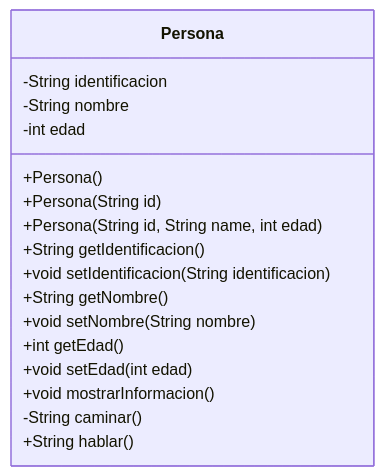
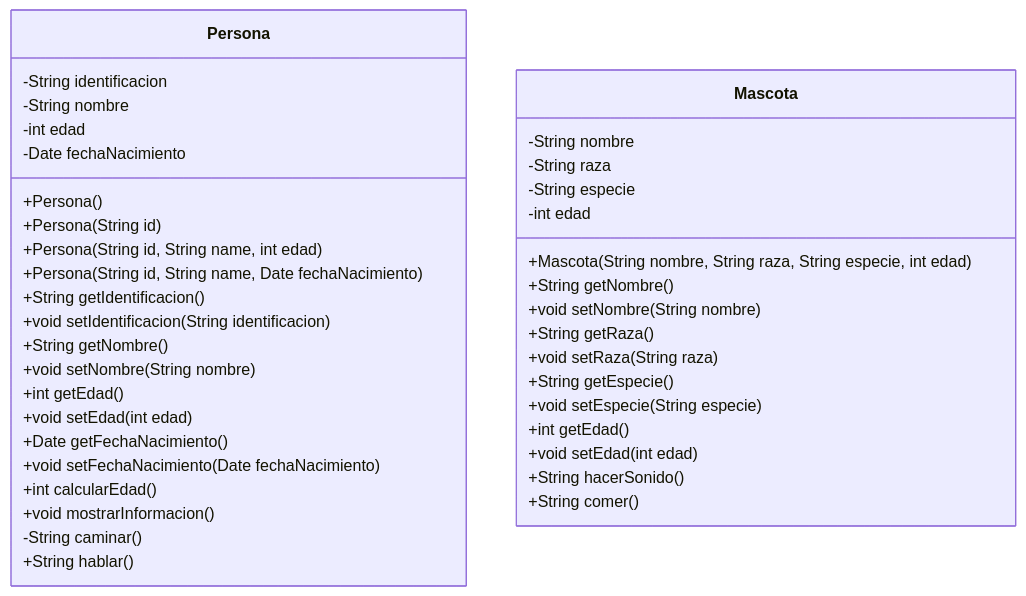
One commit to uniajc-gperezm/poo-g412 changed the first of 4 diagrams in README.md. Above: the diagram before and after it, drawn with Mermaid. The commit also changed other lines of this file and 3 other files, not shown here.

````diff
--- a/README.md
+++ b/README.md
@@ -8,20 +7,43 @@
 ```mermaid
 classDiagram
     class Persona {
         -String identificacion
         -String nombre
         -int edad
+        -Date fechaNacimiento
         +Persona()
         +Persona(String id)
         +Persona(String id, String name, int edad)
+        +Persona(String id, String name, Date fechaNacimiento)
         +String getIdentificacion()
         +void setIdentificacion(String identificacion)
         +String getNombre()
         +void setNombre(String nombre)
         +int getEdad()
         +void setEdad(int edad)
+        +Date getFechaNacimiento()
+        +void setFechaNacimiento(Date fechaNacimiento)
+        +int calcularEdad()
         +void mostrarInformacion()
         -String caminar()
         +String hablar()
     }
+
+    class Mascota {
+        -String nombre
+        -String raza
+        -String especie
+        -int edad
+        +Mascota(String nombre, String raza, String especie, int edad)
+        +String getNombre()
+        +void setNombre(String nombre)
+        +String getRaza()
+        +void setRaza(String raza)
+        +String getEspecie()
+        +void setEspecie(String especie)
+        +int getEdad()
+        +void setEdad(int edad)
+        +String hacerSonido()
+        +String comer()
+    }
 ```
````
